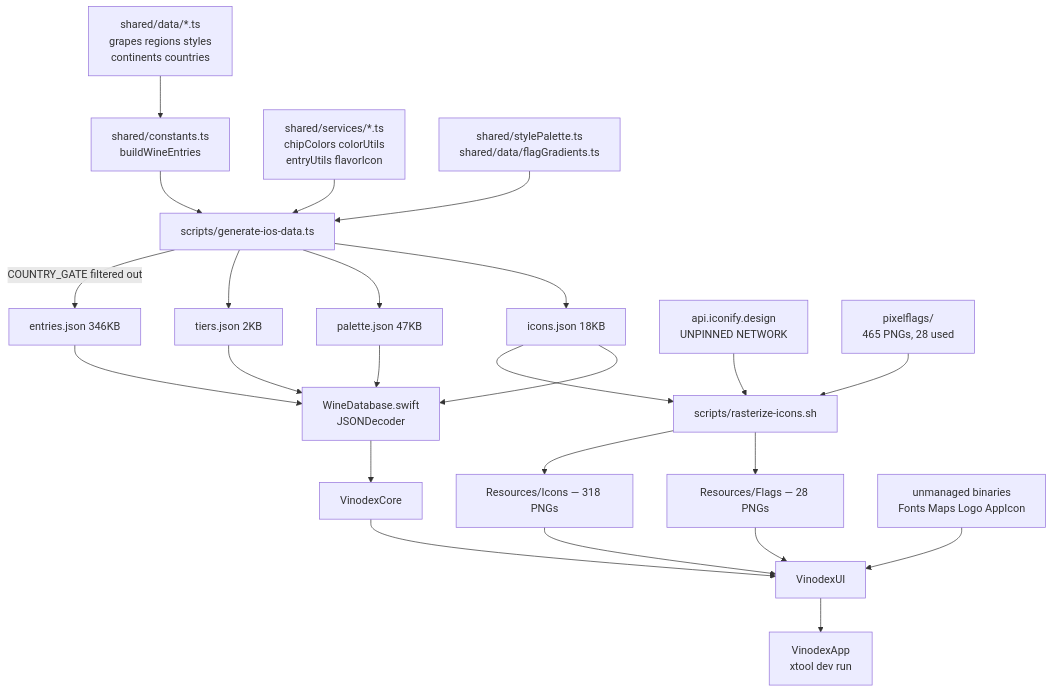
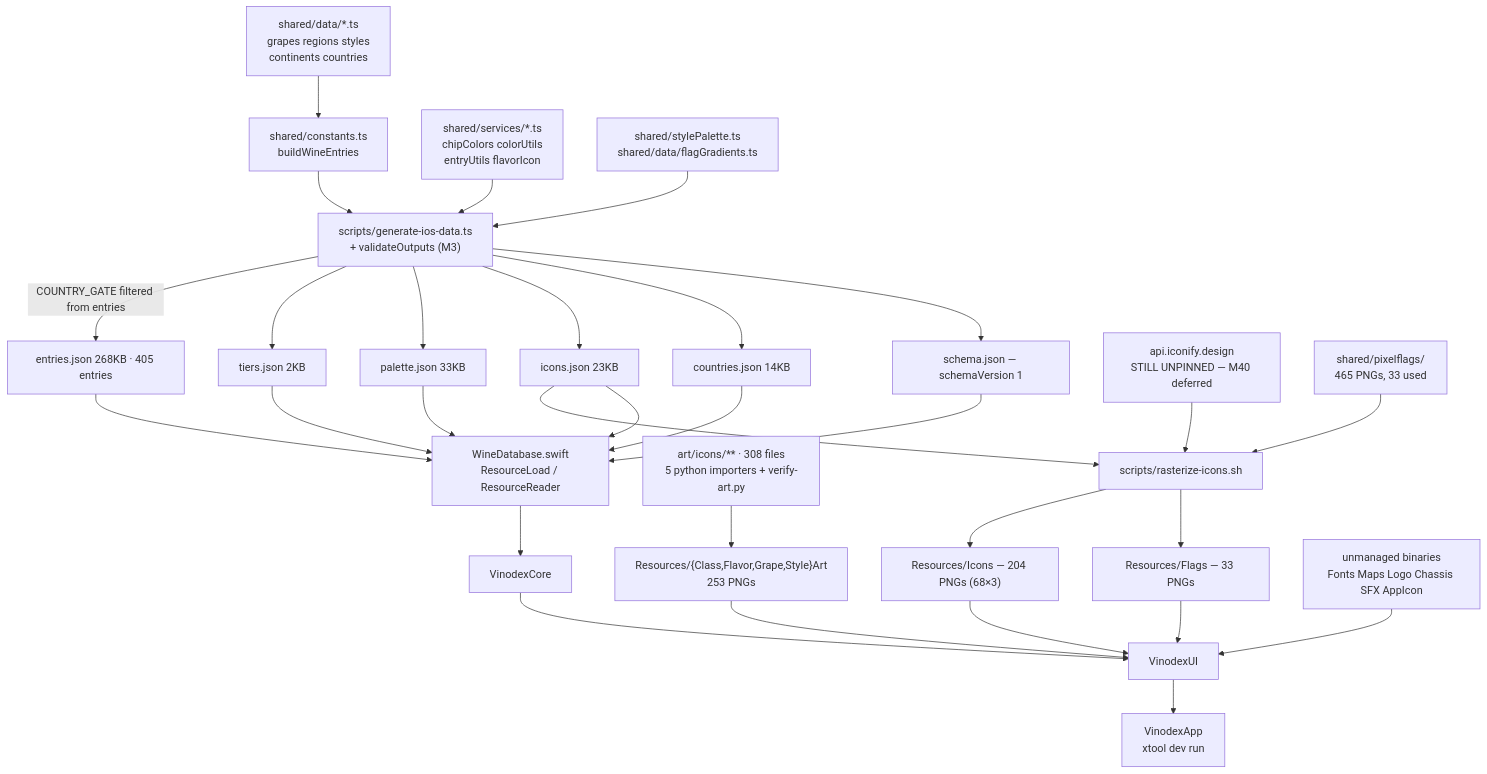
One commit to blaikooz/vinodex-ios changed the second of 2 diagrams in godot-md/arch.md. Above: the diagram before and after it, drawn with Mermaid. The commit also changed other lines of this file and 87 other files, not shown here.

````diff
--- a/godot-md/arch.md
+++ b/godot-md/arch.md
@@ -692,26 +1044,33 @@
 ```mermaid
 graph TD
   A["shared/data/*.ts<br/>grapes regions styles<br/>continents countries"] --> B["shared/constants.ts<br/>buildWineEntries"]
   C["shared/services/*.ts<br/>chipColors colorUtils<br/>entryUtils flavorIcon"] --> D
-  B --> D["scripts/generate-ios-data.ts"]
+  B --> D["scripts/generate-ios-data.ts<br/>+ validateOutputs (M3)"]
   E["shared/stylePalette.ts<br/>shared/data/flagGradients.ts"] --> D
-  D -->|"COUNTRY_GATE filtered out"| F["entries.json 346KB"]
+  D -->|"COUNTRY_GATE filtered from entries"| F["entries.json 268KB · 405 entries"]
   D --> G["tiers.json 2KB"]
-  D --> H["palette.json 47KB"]
-  D --> I["icons.json 18KB"]
+  D --> H["palette.json 33KB"]
+  D --> I["icons.json 23KB"]
+  D --> CJ["countries.json 14KB"]
+  D --> SJ["schema.json — schemaVersion 1"]
   I --> J["scripts/rasterize-icons.sh"]
-  K["api.iconify.design<br/>UNPINNED NETWORK"] --> J
-  L["pixelflags/<br/>465 PNGs, 28 used"] --> J
-  J --> M["Resources/Icons — 318 PNGs"]
-  J --> N["Resources/Flags — 28 PNGs"]
-  F --> O["WineDatabase.swift<br/>JSONDecoder"]
+  K["api.iconify.design<br/>STILL UNPINNED — M40 deferred"] --> J
+  L["shared/pixelflags/<br/>465 PNGs, 33 used"] --> J
+  ART["art/icons/** · 308 files<br/>5 python importers + verify-art.py"] --> M2
+  J --> M["Resources/Icons — 204 PNGs (68×3)"]
+  J --> N["Resources/Flags — 33 PNGs"]
+  M2["Resources/{Class,Flavor,Grape,Style}Art<br/>253 PNGs"]
+  F --> O["WineDatabase.swift<br/>ResourceLoad / ResourceReader"]
   G --> O
   H --> O
   I --> O
+  CJ --> O
+  SJ --> O
   O --> P["VinodexCore"]
   M --> Q["VinodexUI"]
   N --> Q
+  M2 --> Q
   P --> Q
   Q --> R["VinodexApp<br/>xtool dev run"]
-  S["unmanaged binaries<br/>Fonts Maps Logo AppIcon"] --> Q
+  S["unmanaged binaries<br/>Fonts Maps Logo Chassis SFX AppIcon"] --> Q
 ```
````
